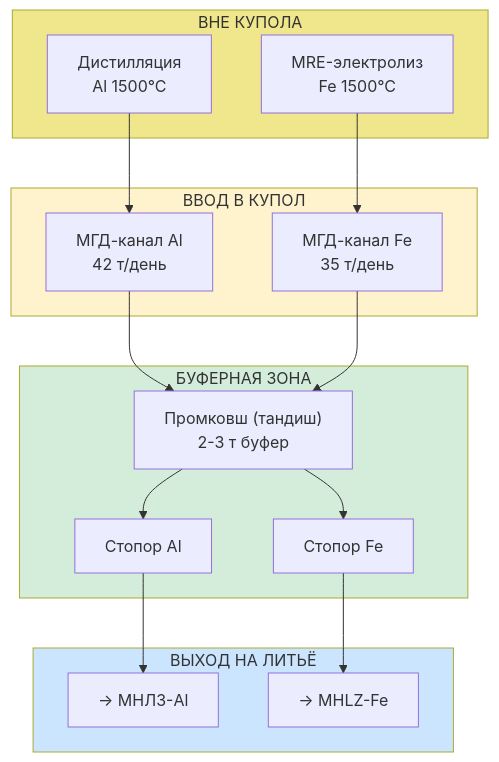
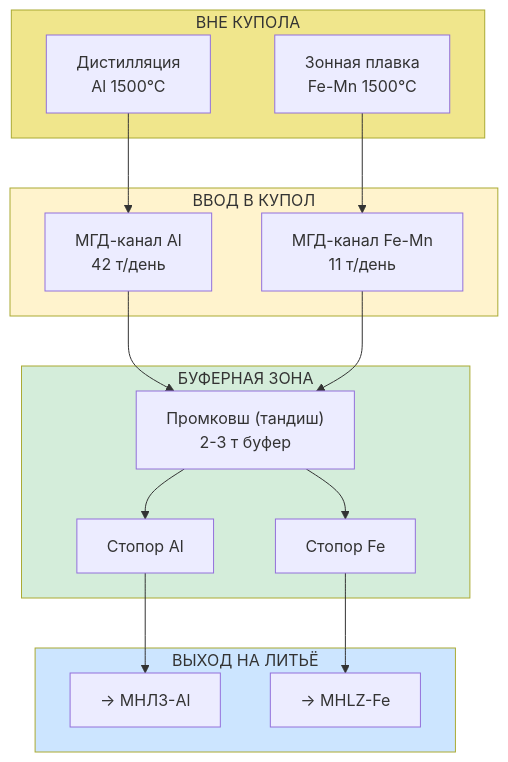
One commit to DmitryNasikanov/infinite-energy changed the diagram in ru/science/detailed/production/factories/elements/melting.qmd. Above: the diagram before and after it, drawn with Mermaid. The commit also changed other lines of this file and 71 other files, not shown here.

````diff
--- a/ru/science/detailed/production/factories/elements/melting.qmd
+++ b/ru/science/detailed/production/factories/elements/melting.qmd
@@ -23,37 +23,37 @@
 ```{mermaid}
 flowchart TD
     subgraph EXTERNAL["ВНЕ КУПОЛА"]
         DIST["Дистилляция<br/>Al 1500°C"]
-        MRE["MRE-электролиз<br/>Fe 1500°C"]
+        MRE["Зонная плавка<br/>Fe-Mn 1500°C"]
     end
 
     subgraph ENTRY["ВВОД В КУПОЛ"]
         MHD_AL["МГД-канал Al<br/>42 т/день"]
-        MHD_FE["МГД-канал Fe<br/>35 т/день"]
+        MHD_FE["МГД-канал Fe-Mn<br/>11 т/день"]
     end
 
     subgraph BUFFER["БУФЕРНАЯ ЗОНА"]
         TUNDISH["Промковш (тандиш)<br/>2-3 т буфер"]
         VALVE_AL["Стопор Al"]
         VALVE_FE["Стопор Fe"]
     end
 
     subgraph OUTPUT["ВЫХОД НА ЛИТЬЁ"]
         MNLZ_AL["→ МНЛЗ-Al"]
         MNLZ_FE["→ МНLZ-Fe"]
     end
 
     DIST --> MHD_AL
     MRE --> MHD_FE
     MHD_AL --> TUNDISH
     MHD_FE --> TUNDISH
     TUNDISH --> VALVE_AL
     TUNDISH --> VALVE_FE
     VALVE_AL --> MNLZ_AL
     VALVE_FE --> MNLZ_FE
 
     style EXTERNAL fill:#f0e68c
     style ENTRY fill:#fff3cd
     style BUFFER fill:#d4edda
     style OUTPUT fill:#cce5ff
 ```
````
